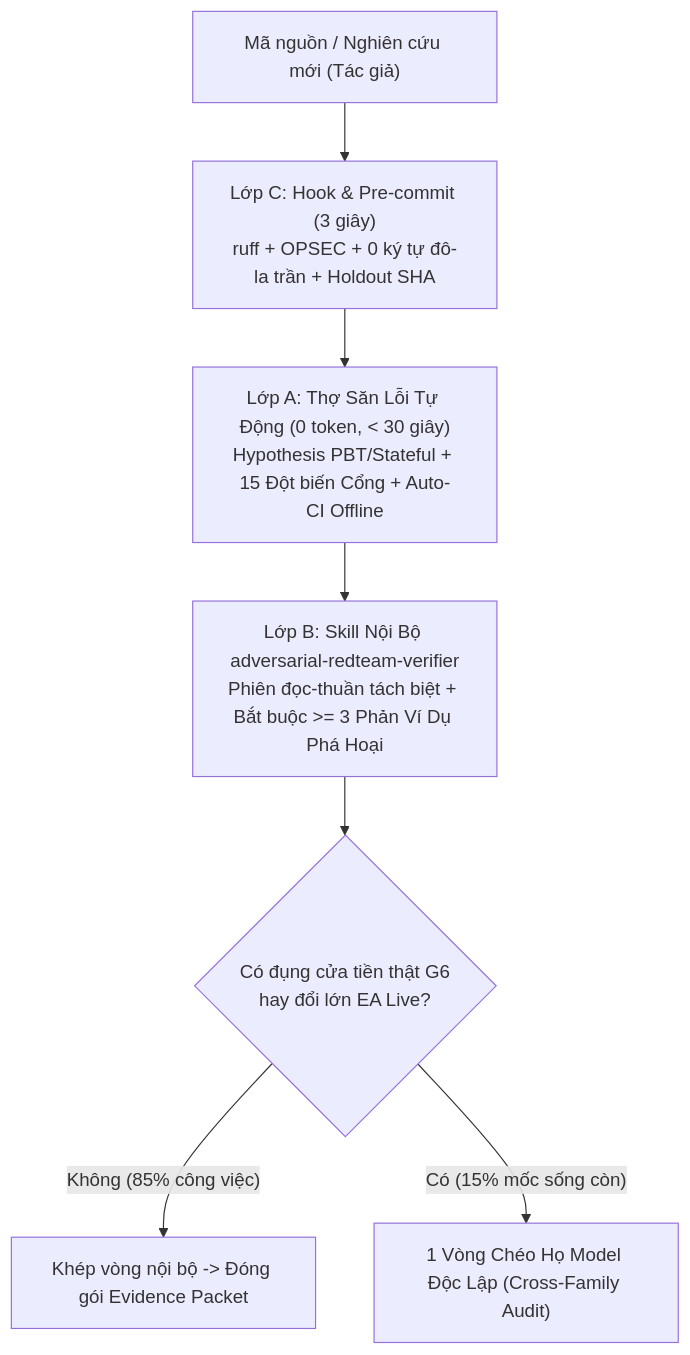
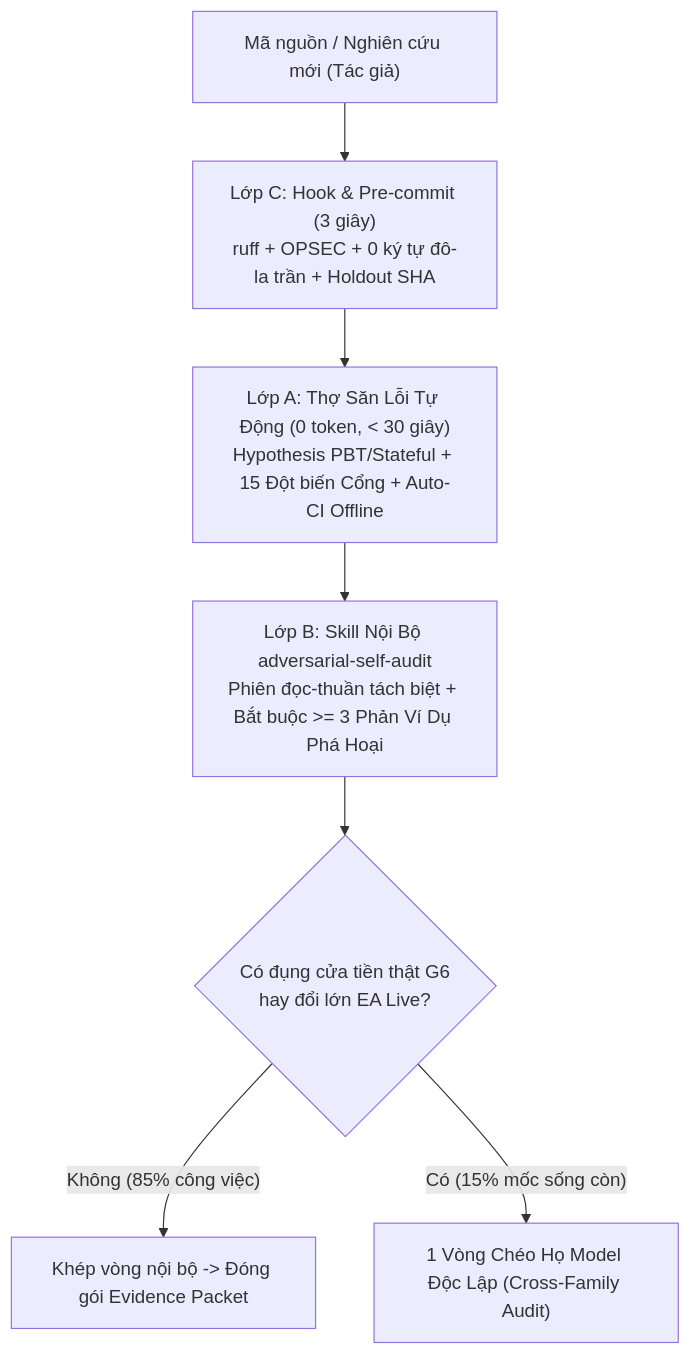
One commit to Naqex/workspace changed the diagram in planning/research/TOP1-PCT-QUANT-SYSTEMS-AND-AI-AGENT-GAP-AUDIT-20261127.md. Above: the diagram before and after it, drawn with Mermaid. The commit also changed other lines of this file and 612 other files, not shown here.

First line of the commit message:
refactor(docs): organize experiments/legacy/archive, compact README/skills, close 9-stage skill graph & add C10/ecosystem audits

````diff
--- a/planning/research/TOP1-PCT-QUANT-SYSTEMS-AND-AI-AGENT-GAP-AUDIT-20261127.md
+++ b/planning/research/TOP1-PCT-QUANT-SYSTEMS-AND-AI-AGENT-GAP-AUDIT-20261127.md
@@ -141,9 +141,9 @@
 ```mermaid
 flowchart TD
     A["Mã nguồn / Nghiên cứu mới (Tác giả)"] --> B["Lớp C: Hook & Pre-commit (3 giây)\nruff + OPSEC + 0 ký tự đô-la trần + Holdout SHA"]
     B --> C["Lớp A: Thợ Săn Lỗi Tự Động (0 token, < 30 giây)\nHypothesis PBT/Stateful + 15 Đột biến Cổng + Auto-CI Offline"]
-    C --> D["Lớp B: Skill Nội Bộ adversarial-redteam-verifier\nPhiên đọc-thuần tách biệt + Bắt buộc >= 3 Phản Ví Dụ Phá Hoại"]
+    C --> D["Lớp B: Skill Nội Bộ adversarial-self-audit\nPhiên đọc-thuần tách biệt + Bắt buộc >= 3 Phản Ví Dụ Phá Hoại"]
     D --> E{"Có đụng cửa tiền thật G6\nhay đổi lớn EA Live?"}
     E -- "Không (85% công việc)" --> F["Khép vòng nội bộ -> Đóng gói Evidence Packet"]
     E -- "Có (15% mốc sống còn)" --> G["1 Vòng Chéo Họ Model Độc Lập (Cross-Family Audit)"]
 ```
````
